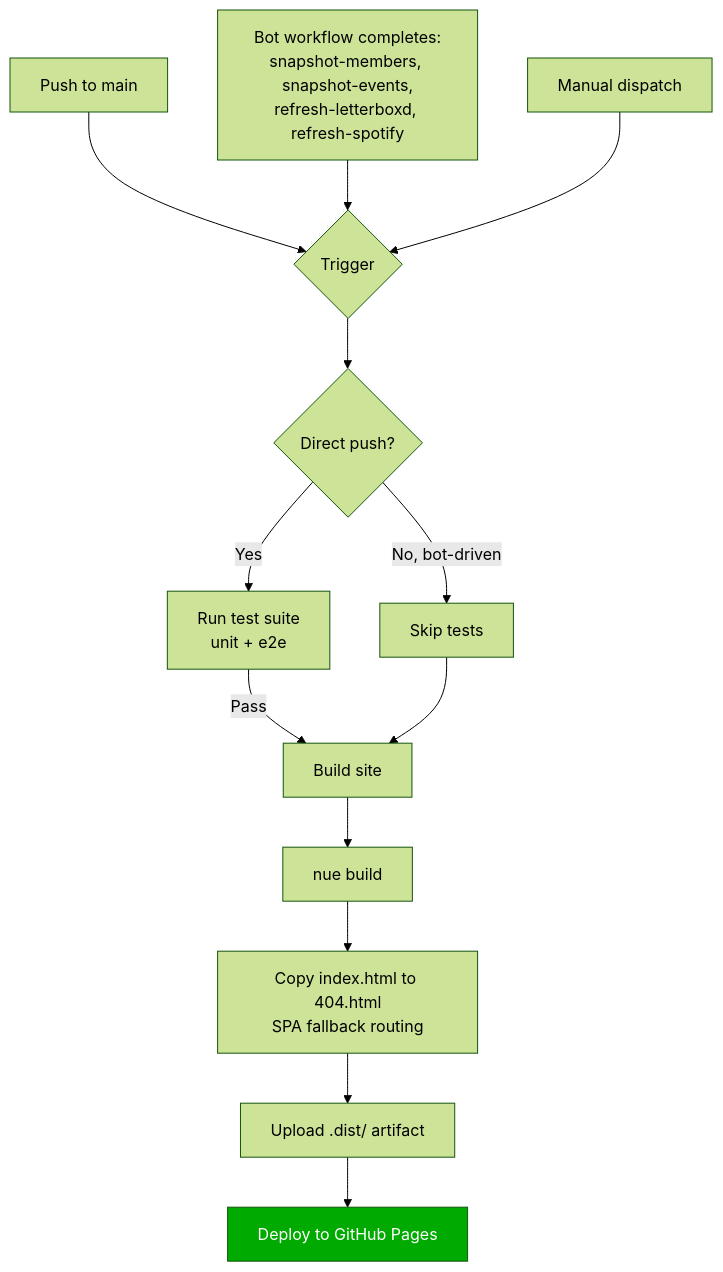
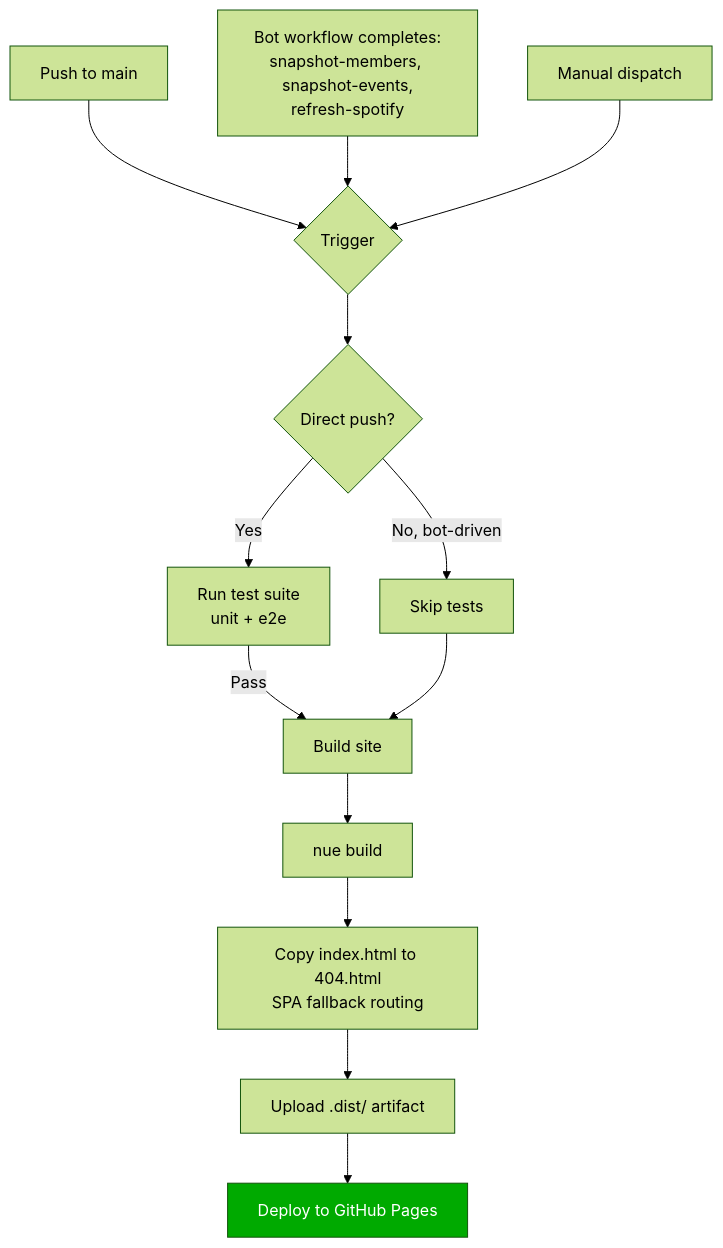
One commit to michaellambgelo/jxnfilmclub changed the first of 2 diagrams in docs/features/deployment.md. Above: the diagram before and after it, drawn with Mermaid (forest theme). The commit also changed 21 other files, not shown here.

````diff
--- a/docs/features/deployment.md
+++ b/docs/features/deployment.md
@@ -7,22 +7,22 @@
 ```mermaid
 flowchart TD
     A{Trigger} --> B
 
     A1[Push to main] --> A
-    A2[Bot workflow completes:<br/>snapshot-members, snapshot-events,<br/>refresh-letterboxd, refresh-spotify] --> A
+    A2[Bot workflow completes:<br/>snapshot-members, snapshot-events,<br/>refresh-spotify] --> A
     A3[Manual dispatch] --> A
 
     B{Direct push?}
     B -->|Yes| C[Run test suite<br/>unit + e2e]
     B -->|No, bot-driven| D[Skip tests]
 
     C -->|Pass| E[Build site]
     D --> E
 
     E --> F[nue build]
     F --> G[Copy index.html to 404.html<br/>SPA fallback routing]
     G --> H[Upload .dist/ artifact]
     H --> I[Deploy to GitHub Pages]
 
     style I fill:#0a0,color:#fff
 ```
````
